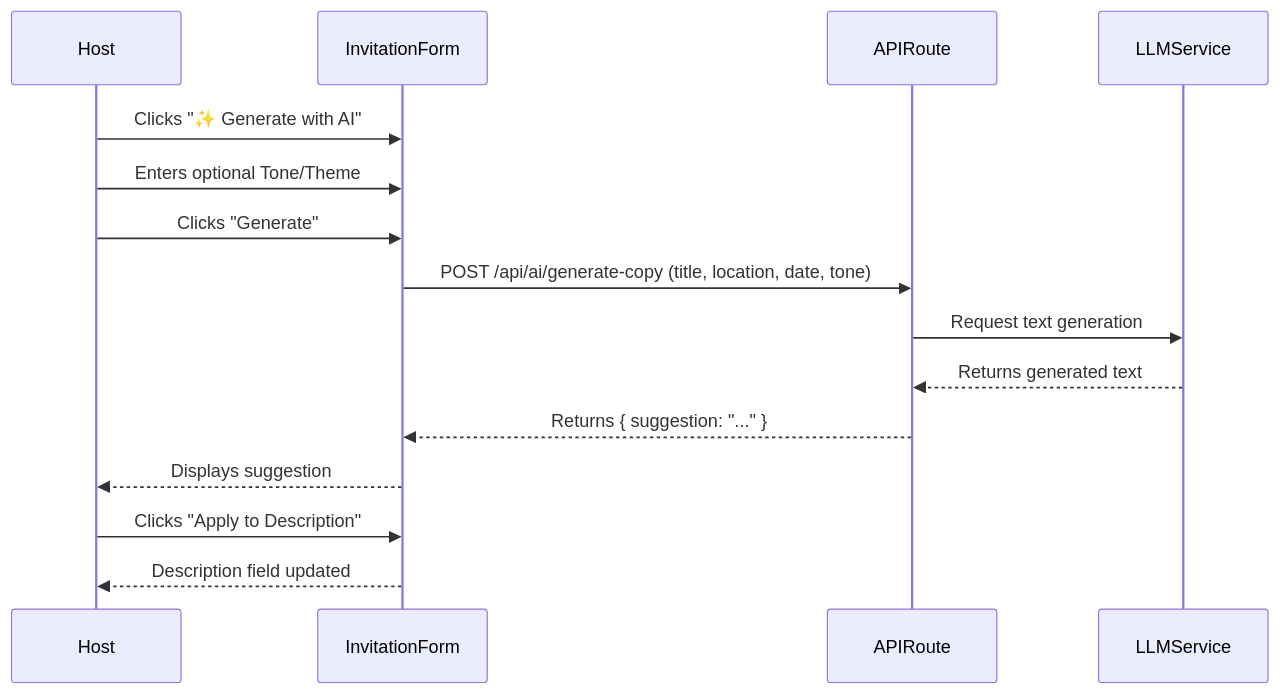
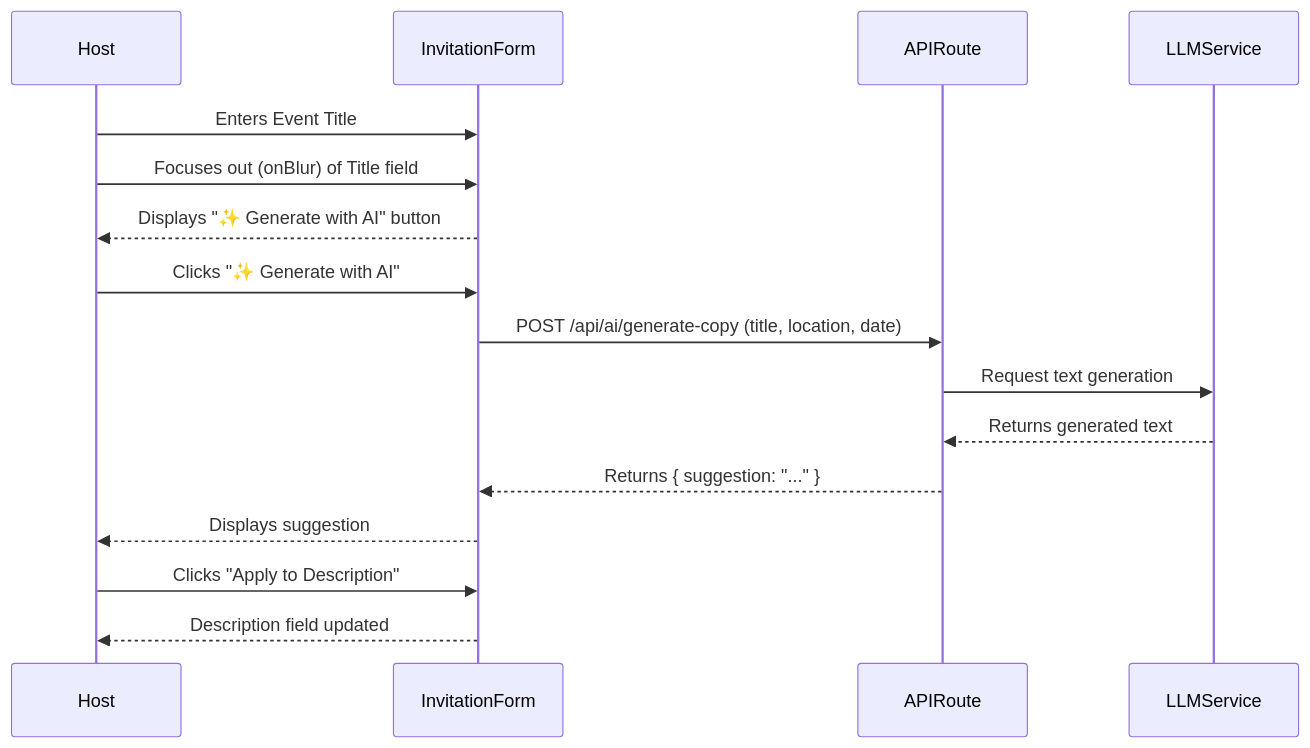
One commit to MankalMR/SimpleEvite changed the diagram in .agent/sage/2024-05-24-smart-invite-copy.md. Above: the diagram before and after it, drawn with Mermaid. The commit also changed other lines of this file, not shown here.

First line of the commit message:
docs: update AI feature ticket for Smart Invite Copy to simplify UX

````diff
--- a/.agent/sage/2024-05-24-smart-invite-copy.md
+++ b/.agent/sage/2024-05-24-smart-invite-copy.md
@@ -34,18 +35,19 @@
 ```mermaid
 sequenceDiagram
     participant Host
     participant InvitationForm
     participant APIRoute
     participant LLMService
 
+    Host->>InvitationForm: Enters Event Title
+    Host->>InvitationForm: Focuses out (onBlur) of Title field
+    InvitationForm-->>Host: Displays "✨ Generate with AI" button
     Host->>InvitationForm: Clicks "✨ Generate with AI"
-    Host->>InvitationForm: Enters optional Tone/Theme
-    Host->>InvitationForm: Clicks "Generate"
-    InvitationForm->>APIRoute: POST /api/ai/generate-copy (title, location, date, tone)
+    InvitationForm->>APIRoute: POST /api/ai/generate-copy (title, location, date)
     APIRoute->>LLMService: Request text generation
     LLMService-->>APIRoute: Returns generated text
     APIRoute-->>InvitationForm: Returns { suggestion: "..." }
     InvitationForm-->>Host: Displays suggestion
     Host->>InvitationForm: Clicks "Apply to Description"
     InvitationForm-->>Host: Description field updated
 ```
````
